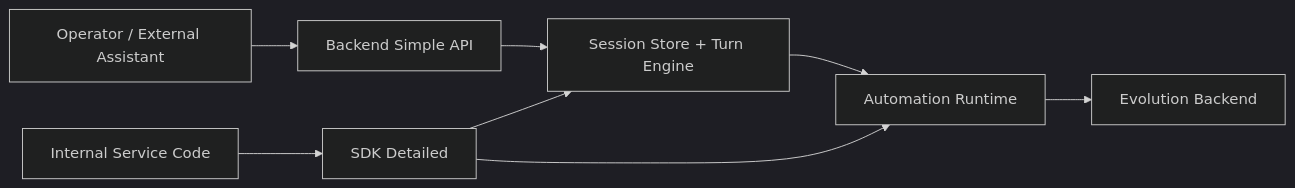
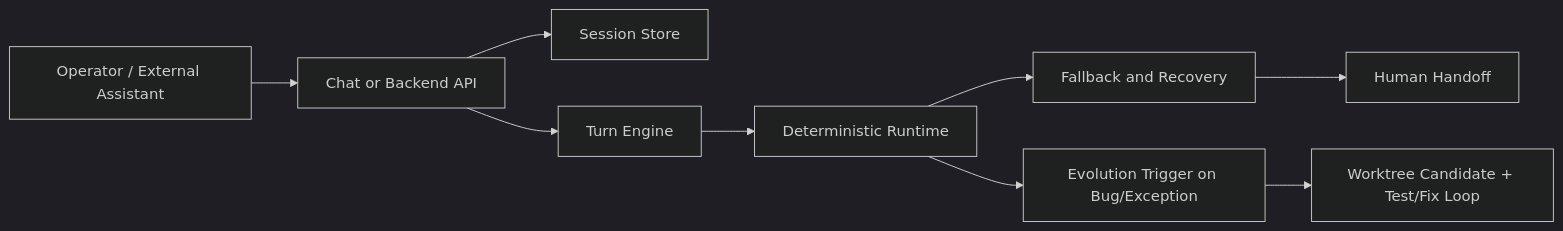
One commit to jedikim/web-testing changed the diagram in README.md. Above: the diagram before and after it, drawn with Mermaid (dark theme). The commit also changed other lines of this file and 27 other files, not shown here.

Commit message:
docs: refresh bilingual docs for current architecture and operations

````diff
--- a/README.md
+++ b/README.md
@@ -14,11 +46,11 @@
 ```mermaid
 flowchart LR
-    U[Operator / External Assistant] --> B[Backend Simple API]
-    B --> S[Session Store + Turn Engine]
-    S --> A[Automation Runtime]
-    A --> E[Evolution Backend]
-
-    X[Internal Service Code] --> D[SDK Detailed]
-    D --> S
-    D --> A
+    U[Operator / External Assistant] --> C[Chat or Backend API]
+    C --> S[Session Store]
+    C --> T[Turn Engine]
+    T --> D[Deterministic Runtime]
+    D --> F[Fallback and Recovery]
+    F --> H[Human Handoff]
+    D --> E[Evolution Trigger on Bug/Exception]
+    E --> W[Worktree Candidate + Test/Fix Loop]
 ```
````
